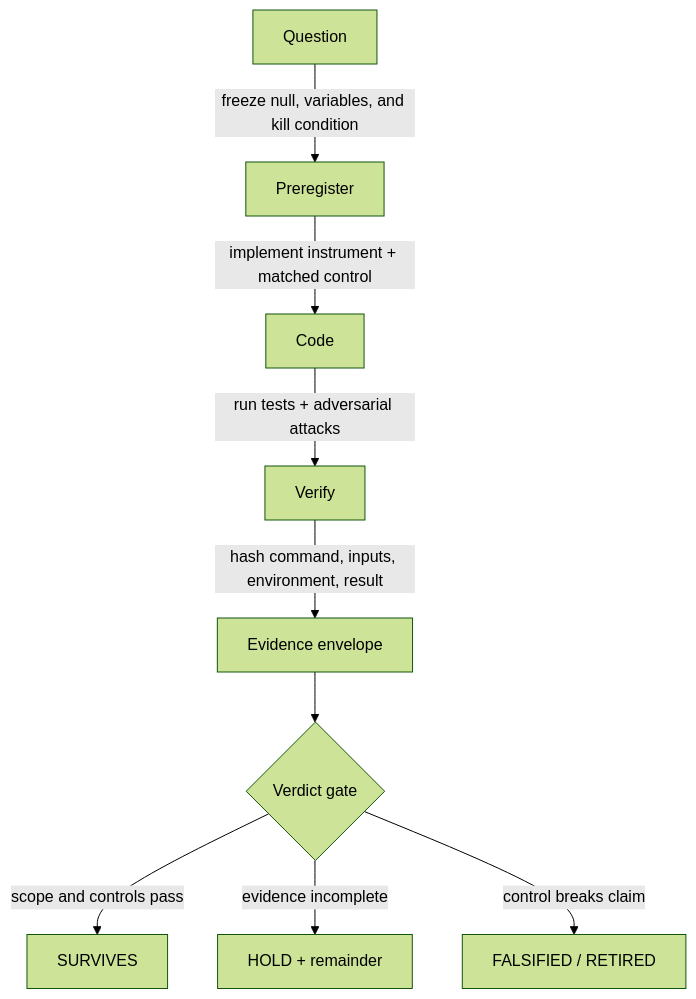
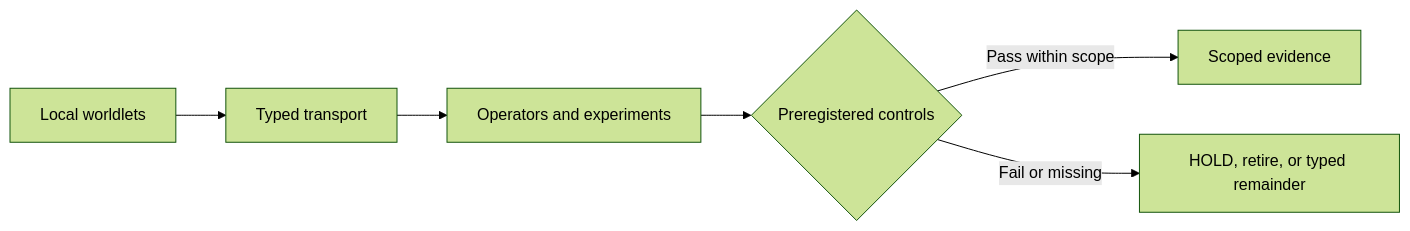
One commit to Dojo-1/hypercomplexbrain changed the diagram in README.md. Above: the diagram before and after it, drawn with Mermaid (forest theme). The commit also changed other lines of this file, not shown here.

````diff
--- a/README.md
+++ b/README.md
@@ -169,12 +52,8 @@
 ```mermaid
-flowchart TD
-    Q["Question"] -->|"freeze null, variables, and kill condition"| PR["Preregister"]
-    PR -->|"implement instrument + matched control"| I["Code"]
-    I -->|"run tests + adversarial attacks"| V["Verify"]
-    V -->|"hash command, inputs, environment, result"| E["Evidence envelope"]
-    E --> G{"Verdict gate"}
-
-    G -->|"scope and controls pass"| S["SURVIVES"]
-    G -->|"evidence incomplete"| H["HOLD + remainder"]
-    G -->|"control breaks claim"| R["FALSIFIED / RETIRED"]
+flowchart LR
+    W["Local worldlets"] --> T["Typed transport"]
+    T --> O["Operators and experiments"]
+    O --> G{"Preregistered controls"}
+    G -->|"Pass within scope"| P["Scoped evidence"]
+    G -->|"Fail or missing"| R["HOLD, retire, or typed remainder"]
 ```
````
